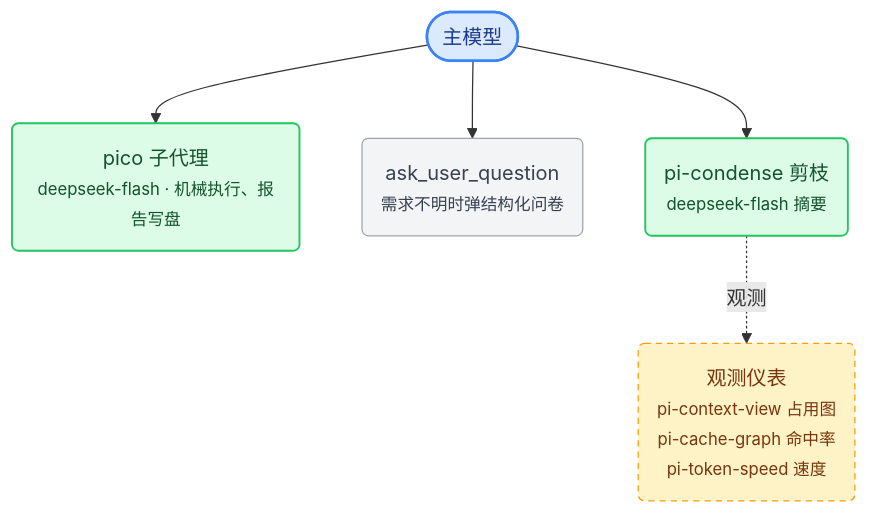
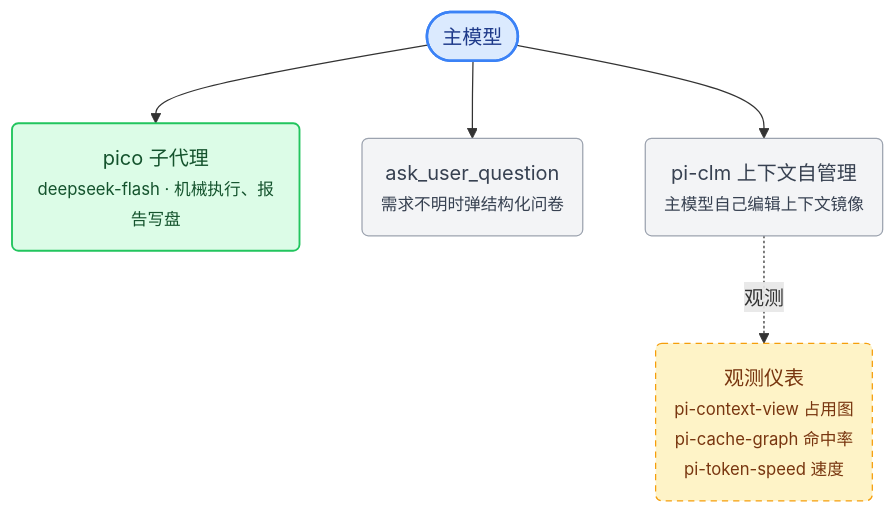
One commit to Jerry2003sky/pi-playbook changed the second of 2 diagrams in docs/01-理念与路线.md. Above: the diagram before and after it, drawn with Mermaid. The commit also changed other lines of this file and 8 other files, not shown here.

````diff
--- a/docs/01-理念与路线.md
+++ b/docs/01-理念与路线.md
@@ -78,19 +78,19 @@
 ```mermaid
 flowchart TB
     M(["主模型"])
 
     M --> P("pico 子代理<br/><small>deepseek-flash · 机械执行、报告写盘</small>")
     M --> Q("ask_user_question<br/><small>需求不明时弹结构化问卷</small>")
-    M --> C("pi-condense 剪枝<br/><small>deepseek-flash 摘要</small>")
+    M --> C("pi-clm 上下文自管理<br/><small>主模型自己编辑上下文镜像</small>")
 
     C -. 观测 .-> O("观测仪表<br/><small>pi-context-view 占用图<br/>pi-cache-graph 命中率<br/>pi-token-speed 速度</small>")
 
     classDef main fill:#dbeafe,stroke:#3b82f6,stroke-width:2px,color:#1e3a8a
     classDef cheapN fill:#dcfce7,stroke:#22c55e,stroke-width:1.5px,color:#14532d
     classDef tool fill:#f3f4f6,stroke:#9ca3af,color:#374151
     classDef watch fill:#fef3c7,stroke:#f59e0b,stroke-dasharray:5 4,color:#78350f
     class M main
-    class P,C cheapN
-    class Q tool
+    class P cheapN
+    class Q,C tool
     class O watch
 ```
````
